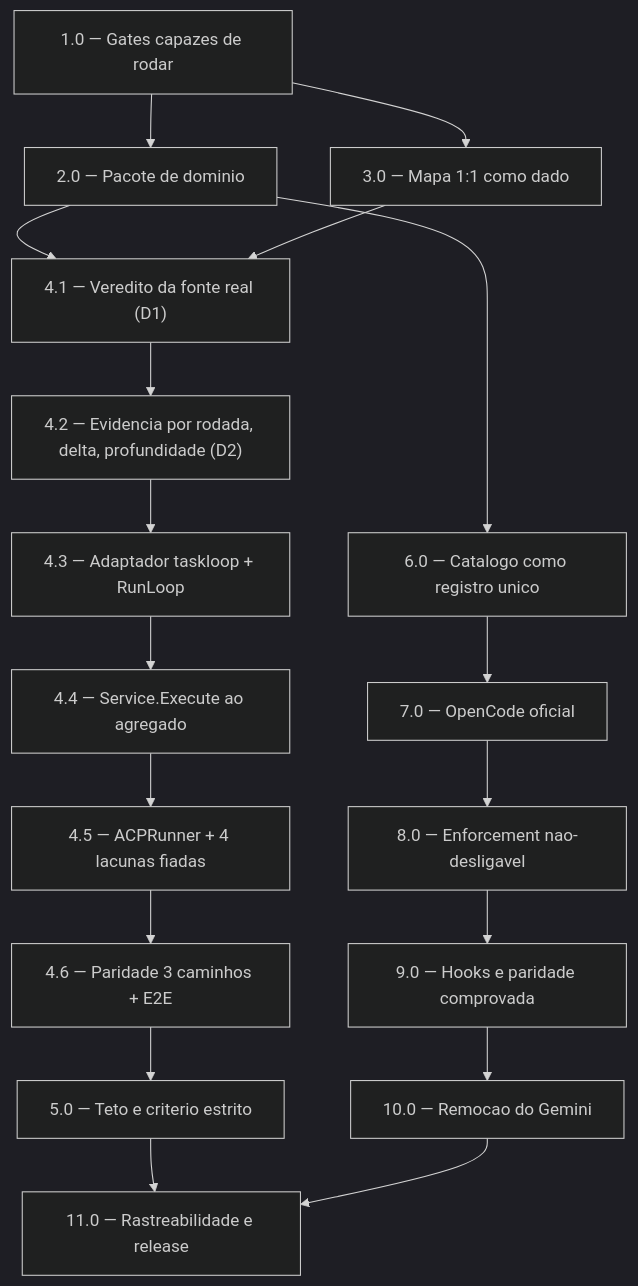
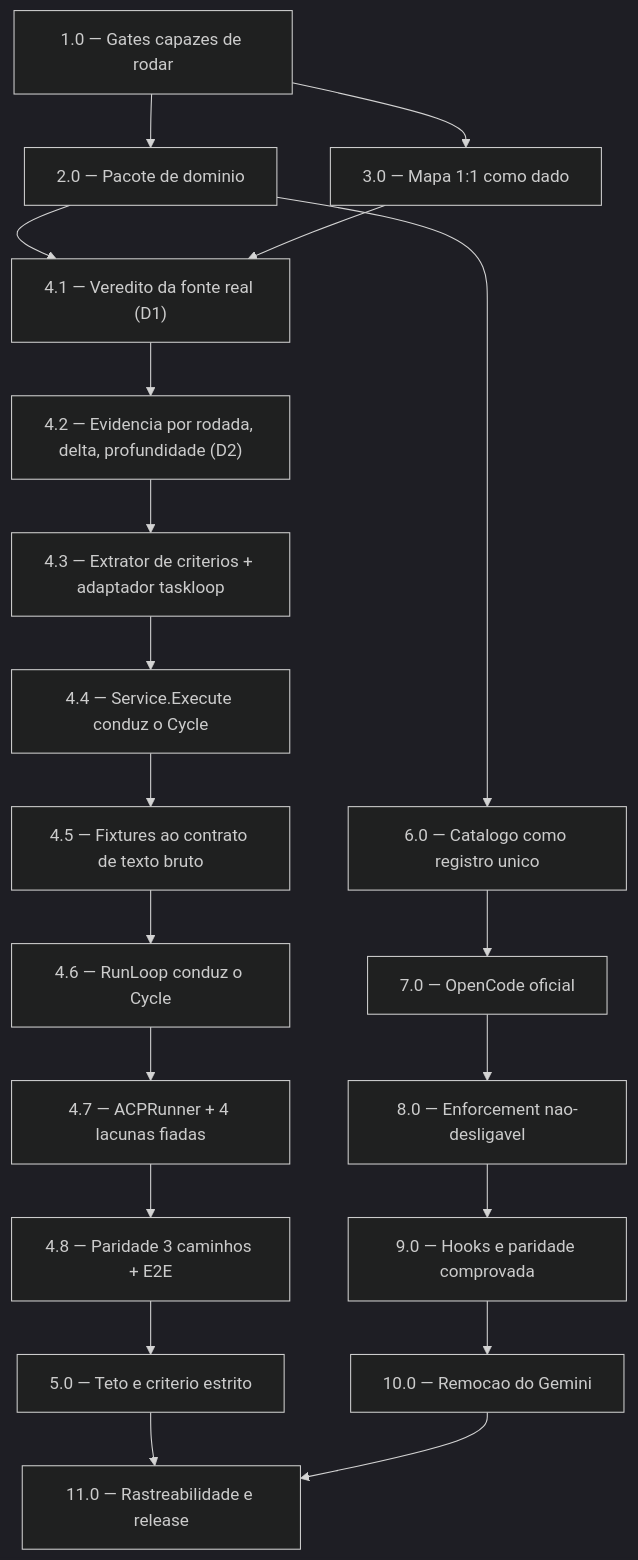
The diagram in .specs/prd-harness-quatro-clis-loop-aprovacao/tasks.md (JailtonJunior94/orchestrator), drawn with Mermaid (dark theme) before and after one commit. The commit also changed other lines of this file and 9 other files, not shown here.

````diff
--- a/.specs/prd-harness-quatro-clis-loop-aprovacao/tasks.md
+++ b/.specs/prd-harness-quatro-clis-loop-aprovacao/tasks.md
@@ -142,36 +164,40 @@
 ```mermaid
 graph TD
     T1["1.0 — Gates capazes de rodar"]
     T2["2.0 — Pacote de dominio"]
     T3["3.0 — Mapa 1:1 como dado"]
     T41["4.1 — Veredito da fonte real (D1)"]
     T42["4.2 — Evidencia por rodada, delta, profundidade (D2)"]
-    T43["4.3 — Adaptador taskloop + RunLoop"]
-    T44["4.4 — Service.Execute ao agregado"]
-    T45["4.5 — ACPRunner + 4 lacunas fiadas"]
-    T46["4.6 — Paridade 3 caminhos + E2E"]
+    T43["4.3 — Extrator de criterios + adaptador taskloop"]
+    T44["4.4 — Service.Execute conduz o Cycle"]
+    T45["4.5 — Fixtures ao contrato de texto bruto"]
+    T46["4.6 — RunLoop conduz o Cycle"]
+    T47["4.7 — ACPRunner + 4 lacunas fiadas"]
+    T48["4.8 — Paridade 3 caminhos + E2E"]
     T5["5.0 — Teto e criterio estrito"]
     T6["6.0 — Catalogo como registro unico"]
     T7["7.0 — OpenCode oficial"]
     T8["8.0 — Enforcement nao-desligavel"]
     T9["9.0 — Hooks e paridade comprovada"]
     T10["10.0 — Remocao do Gemini"]
     T11["11.0 — Rastreabilidade e release"]
     T1 --> T2
     T1 --> T3
     T2 --> T41
     T3 --> T41
     T41 --> T42
     T42 --> T43
     T43 --> T44
     T44 --> T45
     T45 --> T46
-    T46 --> T5
+    T46 --> T47
+    T47 --> T48
+    T48 --> T5
     T2 --> T6
     T6 --> T7
     T7 --> T8
     T8 --> T9
     T9 --> T10
     T5 --> T11
     T10 --> T11
 ```
````
